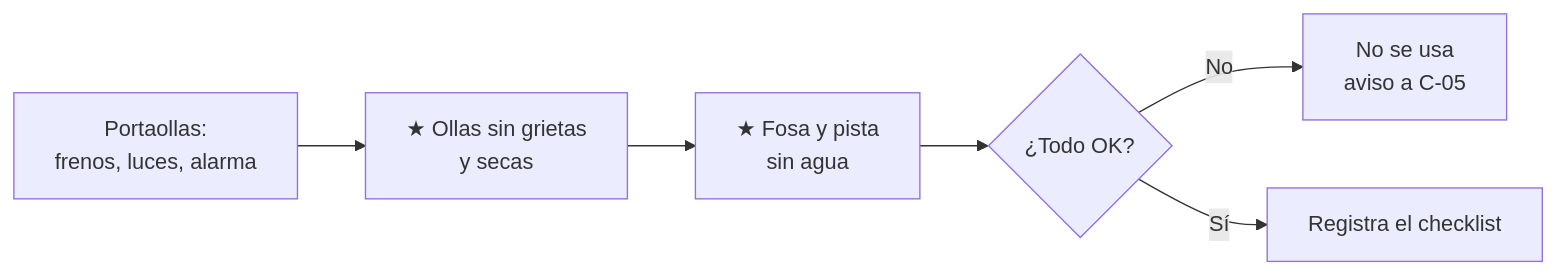
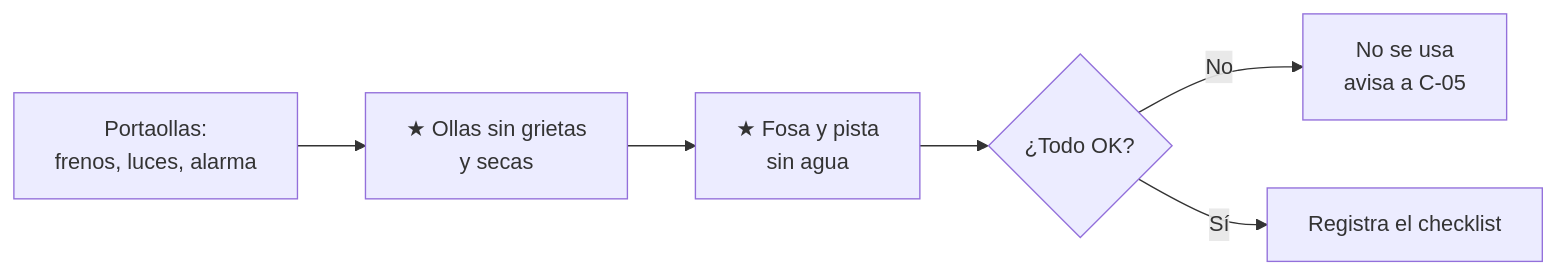
Before and after one commit to diegocardonaguzman03-maker/HR: the second of 5 diagrams in 10-plantas/01-steelmaking/06-instrucciones-trabajo/IT-S10-operador-manejo-escoria.md, drawn with Mermaid. The commit also changed other lines of this file and 7 other files, not shown here.

````diff
--- a/10-plantas/01-steelmaking/06-instrucciones-trabajo/IT-S10-operador-manejo-escoria.md
+++ b/10-plantas/01-steelmaking/06-instrucciones-trabajo/IT-S10-operador-manejo-escoria.md
@@ -67,8 +67,8 @@
 ```mermaid
 flowchart LR
     A["Portaollas:<br/>frenos, luces, alarma"] --> B["★ Ollas sin grietas<br/>y secas"]
     B --> C["★ Fosa y pista<br/>sin agua"]
     C --> D{"¿Todo OK?"}
-    D -- "No" --> E["No se usa<br/>aviso a C-05"]
+    D -- "No" --> E["No se usa<br/>avisa a C-05"]
     D -- "Sí" --> F["Registra el checklist"]
 ```
````
